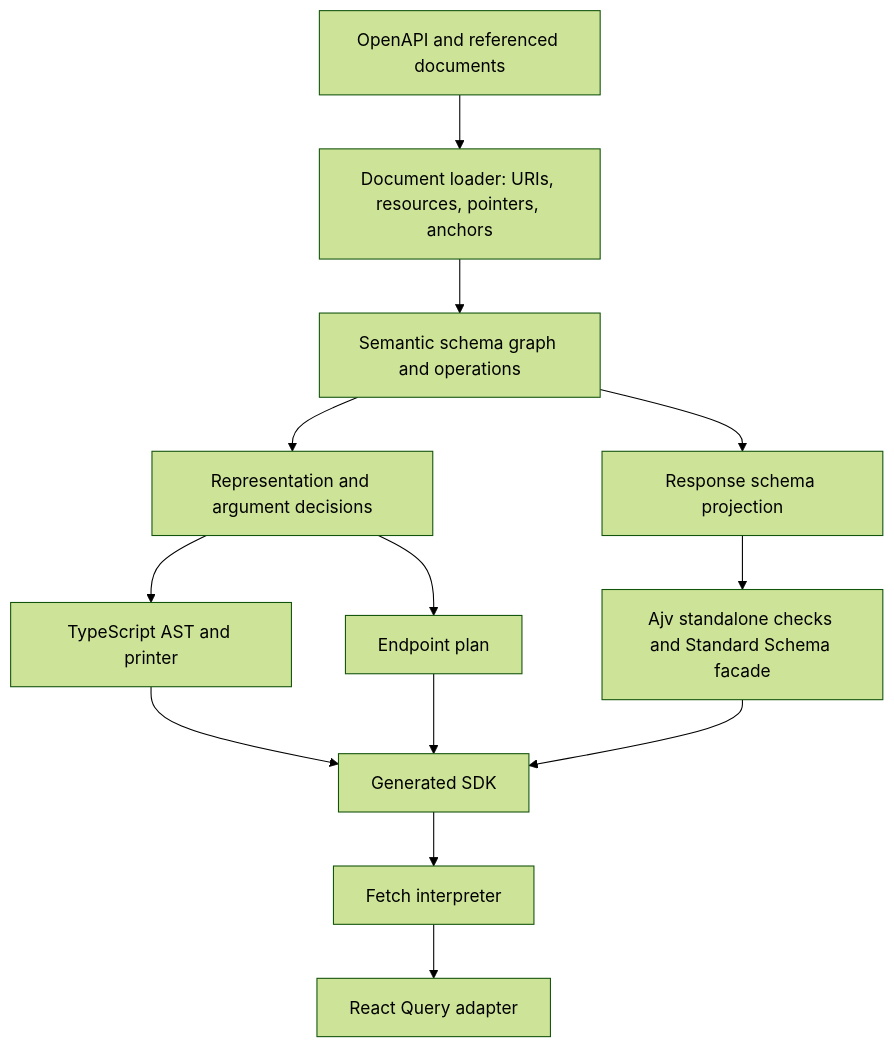
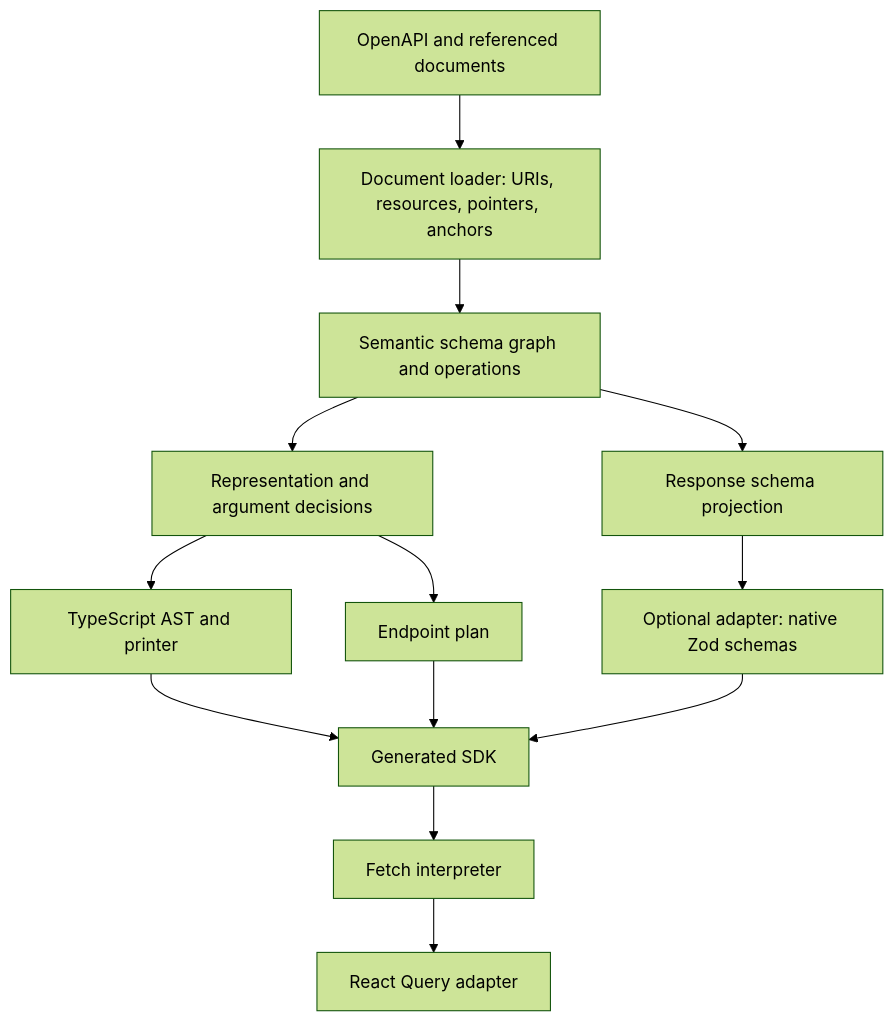
One commit to erwinkn/accord changed the diagram in docs/architecture.md. Above: the diagram before and after it, drawn with Mermaid (forest theme). The commit also changed other lines of this file and 67 other files, not shown here.

Commit message:
Add native Zod schema generation and pluggable client authentication

````diff
--- a/docs/architecture.md
+++ b/docs/architecture.md
@@ -5,15 +5,15 @@
 ```mermaid
 flowchart TD
   A[OpenAPI and referenced documents] --> B[Document loader: URIs, resources, pointers, anchors]
   B --> C[Semantic schema graph and operations]
   C --> D[Representation and argument decisions]
   D --> E[TypeScript AST and printer]
   D --> F[Endpoint plan]
   C --> G[Response schema projection]
-  G --> H[Ajv standalone checks and Standard Schema facade]
+  G --> H[Optional adapter: native Zod schemas]
   E --> I[Generated SDK]
   F --> I
   H --> I
   I --> J[Fetch interpreter]
   J --> K[React Query adapter]
 ```
````
